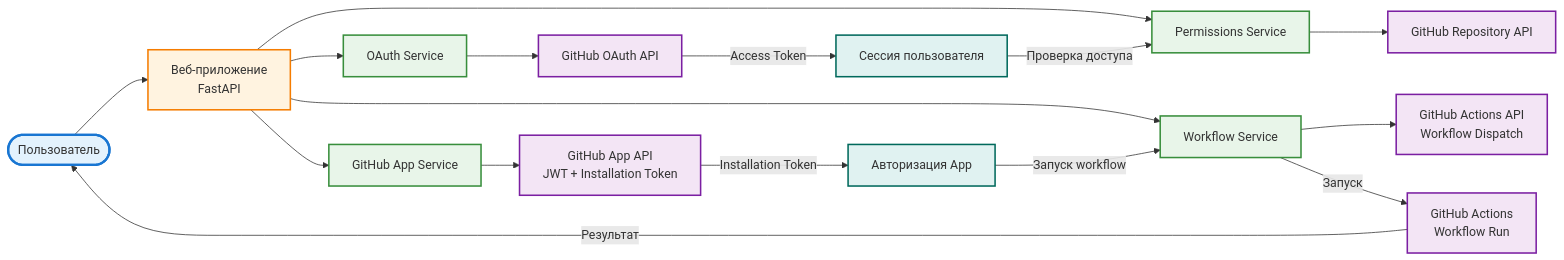
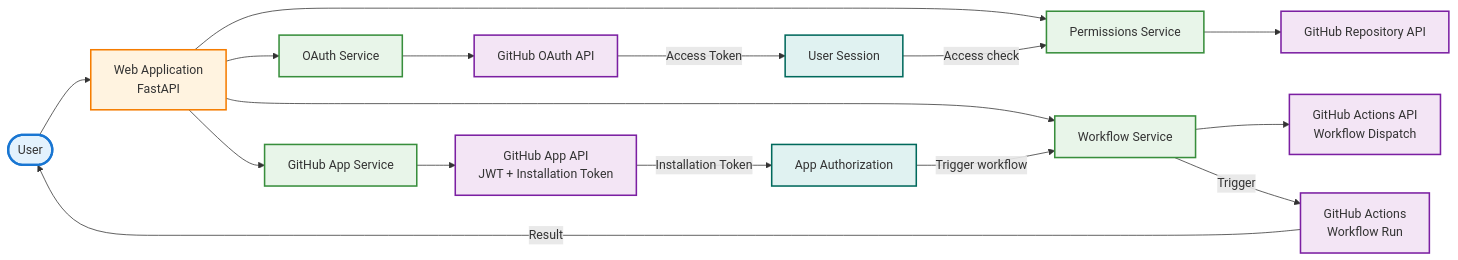
Before and after one commit to naspirato/github_action_executor: the sixth of 6 diagrams in README-EXTENDED.md, drawn with Mermaid. The commit also changed other lines of this file and 1 other file, not shown here.

````diff
--- a/README-EXTENDED.md
+++ b/README-EXTENDED.md
@@ -386,34 +386,34 @@
 ```mermaid
 flowchart LR
-    User([Пользователь]) --> WebApp[Веб-приложение<br/>FastAPI]
+    User([User]) --> WebApp[Web Application<br/>FastAPI]
     WebApp --> OAuthService[OAuth Service]
     WebApp --> GitHubApp[GitHub App Service]
     WebApp --> Permissions[Permissions Service]
     WebApp --> WorkflowService[Workflow Service]
     
     OAuthService --> GitHubOAuth[GitHub OAuth API]
     GitHubApp --> GitHubAppAPI[GitHub App API<br/>JWT + Installation Token]
     Permissions --> GitHubRepoAPI[GitHub Repository API]
     WorkflowService --> GitHubActionsAPI[GitHub Actions API<br/>Workflow Dispatch]
     
-    GitHubOAuth -->|Access Token| UserSession[Сессия пользователя]
-    GitHubAppAPI -->|Installation Token| AppAuth[Авторизация App]
+    GitHubOAuth -->|Access Token| UserSession[User Session]
+    GitHubAppAPI -->|Installation Token| AppAuth[App Authorization]
     
-    UserSession -->|Проверка доступа| Permissions
-    AppAuth -->|Запуск workflow| WorkflowService
+    UserSession -->|Access check| Permissions
+    AppAuth -->|Trigger workflow| WorkflowService
     
-    WorkflowService -->|Запуск| GitHubActions[GitHub Actions<br/>Workflow Run]
-    GitHubActions -->|Результат| User
+    WorkflowService -->|Trigger| GitHubActions[GitHub Actions<br/>Workflow Run]
+    GitHubActions -->|Result| User
     
     classDef user fill:#e3f2fd,stroke:#1976d2,stroke-width:3px
     classDef app fill:#fff3e0,stroke:#f57c00,stroke-width:2px
     classDef service fill:#e8f5e9,stroke:#388e3c,stroke-width:2px
     classDef github fill:#f3e5f5,stroke:#7b1fa2,stroke-width:2px
     classDef storage fill:#e0f2f1,stroke:#00695c,stroke-width:2px
     
     class User user
     class WebApp app
     class OAuthService,GitHubApp,Permissions,WorkflowService service
     class GitHubOAuth,GitHubAppAPI,GitHubRepoAPI,GitHubActionsAPI,GitHubActions github
     class UserSession,AppAuth storage
 ```
````
